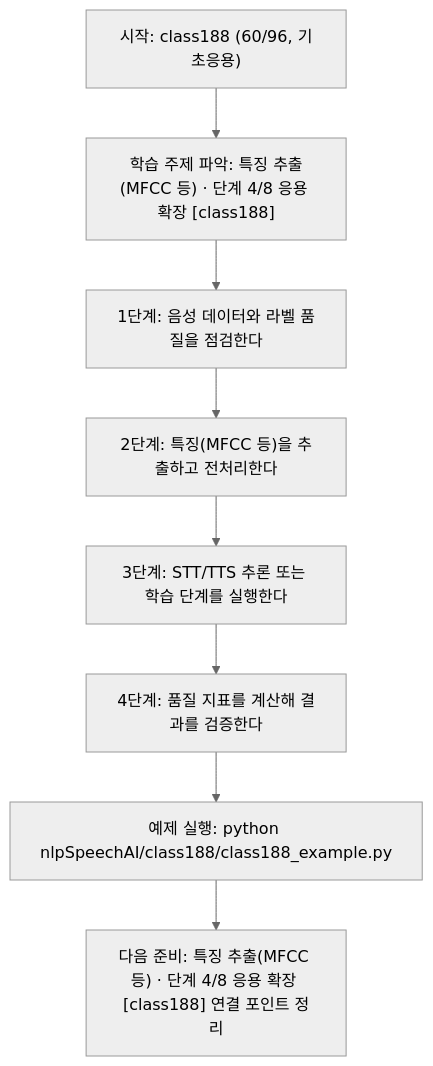
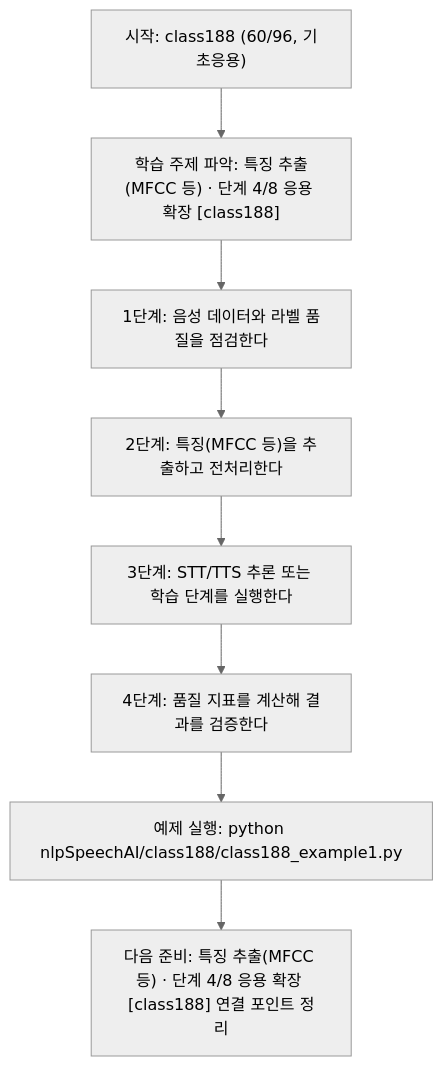
One commit to edumgt/Python-AI_Agent-Class changed the diagram in nlpSpeechAI/class188/class188.md. Above: the diagram before and after it, drawn with Mermaid (neutral theme). The commit also changed other lines of this file and 2959 other files, not shown here.

````diff
--- a/nlpSpeechAI/class188/class188.md
+++ b/nlpSpeechAI/class188/class188.md
@@ -114,18 +114,18 @@
 ```mermaid
 flowchart TD
 N1["시작: class188 (60/96, 기초응용)"]
 N2["학습 주제 파악: 특징 추출(MFCC 등) · 단계 4/8 응용 확장 [class188]"]
 N3["1단계: 음성 데이터와 라벨 품질을 점검한다"]
 N4["2단계: 특징(MFCC 등)을 추출하고 전처리한다"]
 N5["3단계: STT/TTS 추론 또는 학습 단계를 실행한다"]
 N6["4단계: 품질 지표를 계산해 결과를 검증한다"]
-N7["예제 실행: python nlpSpeechAI/class188/class188_example.py"]
+N7["예제 실행: python nlpSpeechAI/class188/class188_example1.py"]
 N8["다음 준비: 특징 추출(MFCC 등) · 단계 4/8 응용 확장 [class188] 연결 포인트 정리"]
 N1 --> N2
 N2 --> N3
 N3 --> N4
 N4 --> N5
 N5 --> N6
 N6 --> N7
 N7 --> N8
 ```
````
